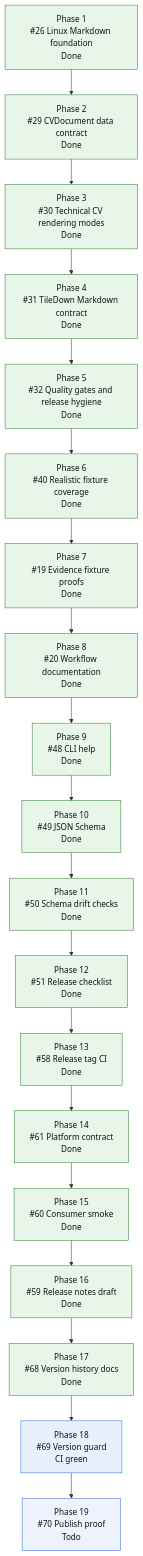
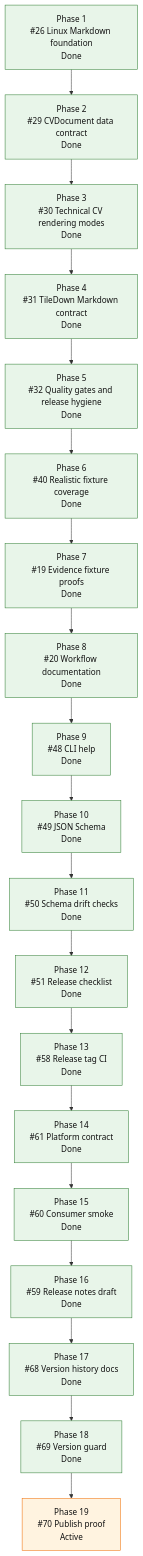
The diagram in README.md (mihaelamj/cvbuilder), drawn with Mermaid before and after one commit. The commit also changed 1 other file, not shown here.

Commit message:
docs(roadmap): mark release publication active

````diff
--- a/README.md
+++ b/README.md
@@ -169,36 +169,36 @@
 ```mermaid
 flowchart TD
     P1["Phase 1<br/>#26 Linux Markdown foundation<br/>Done"]
     P2["Phase 2<br/>#29 CVDocument data contract<br/>Done"]
     P3["Phase 3<br/>#30 Technical CV rendering modes<br/>Done"]
     P4["Phase 4<br/>#31 TileDown Markdown contract<br/>Done"]
     P5["Phase 5<br/>#32 Quality gates and release hygiene<br/>Done"]
     P6["Phase 6<br/>#40 Realistic fixture coverage<br/>Done"]
     P7["Phase 7<br/>#19 Evidence fixture proofs<br/>Done"]
     P8["Phase 8<br/>#20 Workflow documentation<br/>Done"]
     P9["Phase 9<br/>#48 CLI help<br/>Done"]
     P10["Phase 10<br/>#49 JSON Schema<br/>Done"]
     P11["Phase 11<br/>#50 Schema drift checks<br/>Done"]
     P12["Phase 12<br/>#51 Release checklist<br/>Done"]
     P13["Phase 13<br/>#58 Release tag CI<br/>Done"]
     P14["Phase 14<br/>#61 Platform contract<br/>Done"]
     P15["Phase 15<br/>#60 Consumer smoke<br/>Done"]
     P16["Phase 16<br/>#59 Release notes draft<br/>Done"]
     P17["Phase 17<br/>#68 Version history docs<br/>Done"]
-    P18["Phase 18<br/>#69 Version guard<br/>CI green"]
-    P19["Phase 19<br/>#70 Publish proof<br/>Todo"]
+    P18["Phase 18<br/>#69 Version guard<br/>Done"]
+    P19["Phase 19<br/>#70 Publish proof<br/>Active"]
 
     P1 --> P2 --> P3 --> P4 --> P5 --> P6 --> P7 --> P8 --> P9 --> P10 --> P11 --> P12 --> P13 --> P14 --> P15 --> P16 --> P17 --> P18 --> P19
 
     classDef done fill:#e8f5e9,stroke:#2e7d32,color:#111;
     classDef active fill:#fff3e0,stroke:#ef6c00,color:#111;
     classDef review fill:#e8f0fe,stroke:#1a73e8,color:#111;
     classDef next fill:#fff8e1,stroke:#f9a825,color:#111;
     classDef partial fill:#e0f7fa,stroke:#00838f,color:#111;
     classDef todo fill:#eef3ff,stroke:#3367d6,color:#111;
     class P1,P2,P3,P4 done;
     class P5,P6,P7,P8,P9,P10,P11,P12,P13,P14,P15,P16 done;
     class P17 done;
-    class P18 review;
-    class P19 todo;
+    class P18 done;
+    class P19 active;
 ```
````
